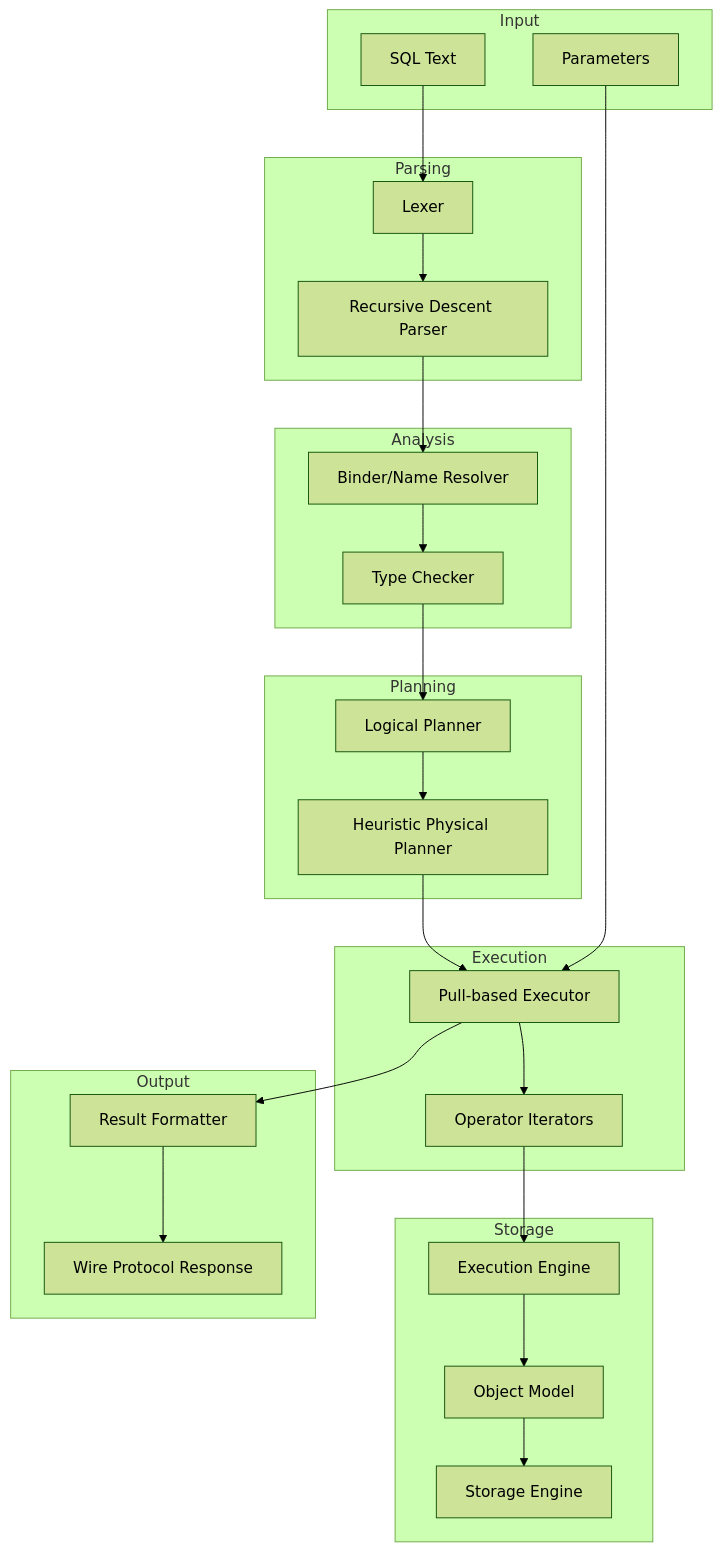
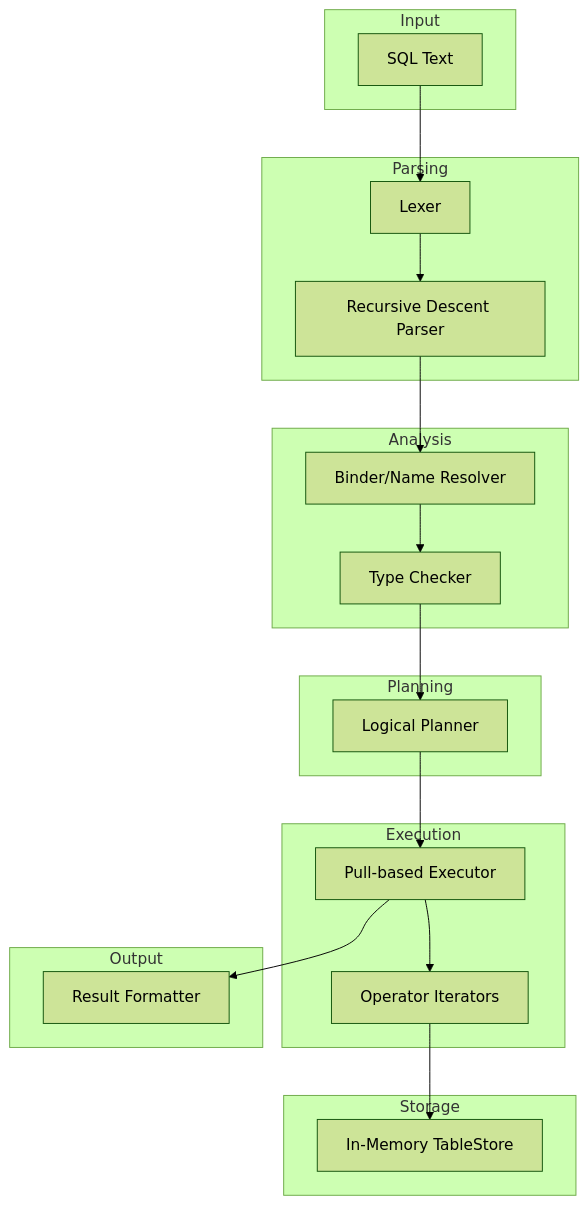
The second of 6 diagrams in docs/21-sql-layer.md (Icarus-afk/Nova-Runtime), drawn with Mermaid (forest theme) before and after one commit. The commit also changed other lines of this file and 7 other files, not shown here.

First line of the commit message:
Update architecture docs to match Phase 3 implementation

````diff
--- a/docs/21-sql-layer.md
+++ b/docs/21-sql-layer.md
@@ -85,57 +85,46 @@
 ```mermaid
 flowchart TB
     subgraph Input
         SQL[SQL Text]
-        Params[Parameters]
     end
 
     subgraph Parsing
         Lexer[Lexer]
         Parser[Recursive Descent Parser]
     end
 
     subgraph Analysis
         Binder[Binder/Name Resolver]
         TypeChecker[Type Checker]
     end
 
     subgraph Planning
         LogicalPlanner[Logical Planner]
-        PhysicalPlanner[Heuristic Physical Planner]
     end
 
     subgraph Execution
         Executor[Pull-based Executor]
         Iterators[Operator Iterators]
     end
 
     subgraph Storage
-        ExecEngine[Execution Engine]
-        ObjectModel[Object Model]
-        StorageEngine[Storage Engine]
+        TableStore[In-Memory TableStore]
     end
 
     subgraph Output
         ResultFormatter[Result Formatter]
-        Response[Wire Protocol Response]
     end
 
     SQL --> Lexer
     Lexer --> Parser
     Parser --> Binder
     Binder --> TypeChecker
     
     TypeChecker --> LogicalPlanner
-    LogicalPlanner --> PhysicalPlanner
+    LogicalPlanner --> Executor
+    Executor --> Iterators
     
-    PhysicalPlanner --> Executor
-    Executor --> Iterators
-    Params --> Executor
-    
-    Iterators --> ExecEngine
-    ExecEngine --> ObjectModel
-    ObjectModel --> StorageEngine
+    Iterators --> TableStore
     
     Executor --> ResultFormatter
-    ResultFormatter --> Response
 ```
````
